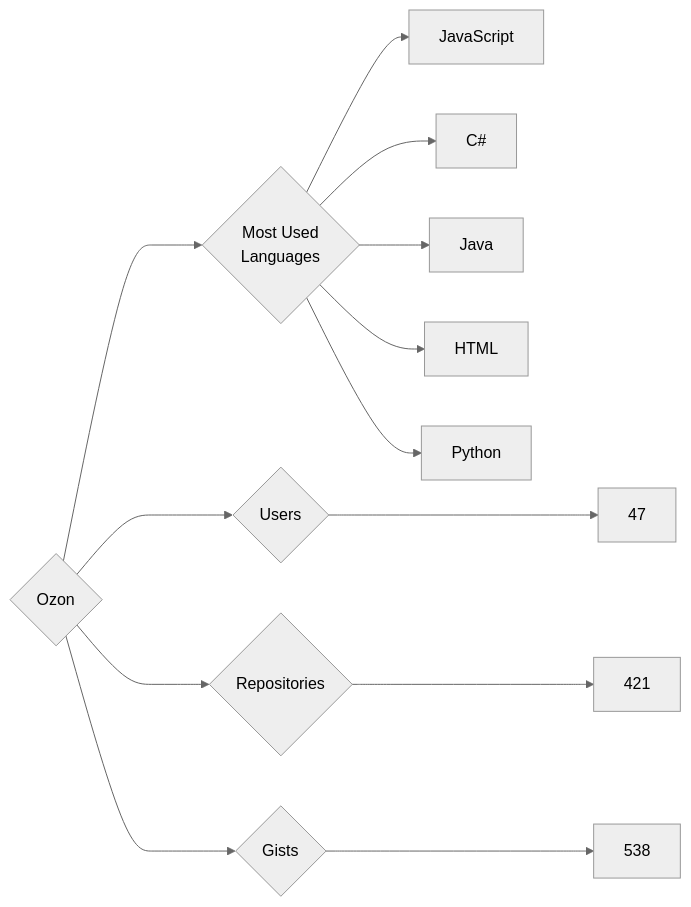
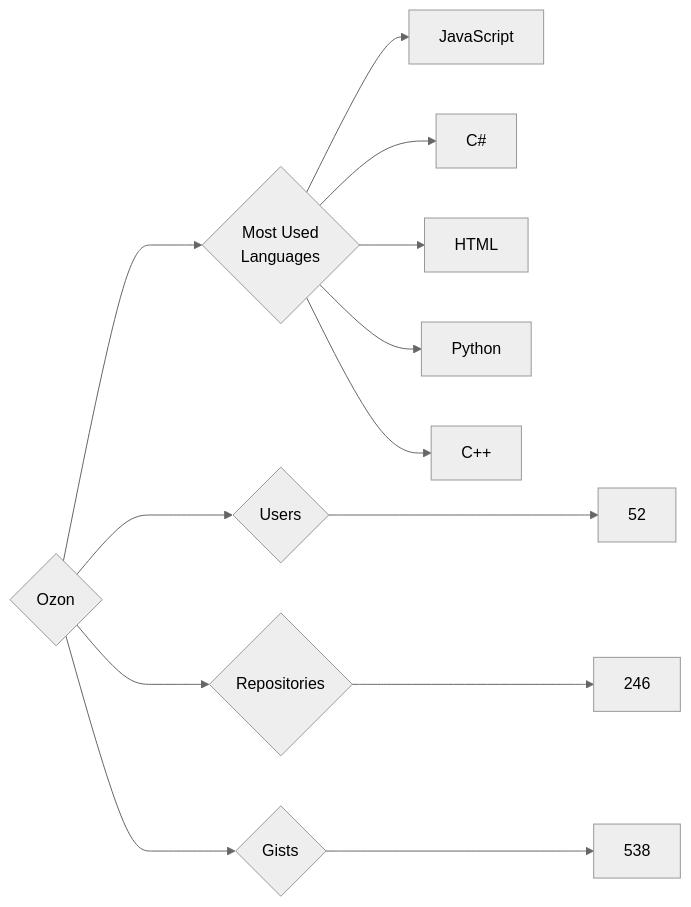
The diagram in targets/Ozon/README.md (trickest/insiders), drawn with Mermaid (neutral theme) before and after one commit. The commit also changed 823 other files, not shown here.

````diff
--- a/targets/Ozon/README.md
+++ b/targets/Ozon/README.md
@@ -3,13 +3,13 @@
 ```mermaid
 graph LR
 COMPANY_NAME{Ozon}
-COMPANY_NAME ---> U{Users} ---> UN[47]
-COMPANY_NAME ---> R{Repositories} ---> RN[421]
+COMPANY_NAME ---> U{Users} ---> UN[52]
+COMPANY_NAME ---> R{Repositories} ---> RN[246]
 COMPANY_NAME ---> G{Gists} ---> GN[538]
 COMPANY_NAME ---> ML{Most Used<br>Languages}
 ML --> JavaScript[JavaScript]
 ML --> C#[C#]
-ML --> Java[Java]
 ML --> HTML[HTML]
 ML --> Python[Python]
+ML --> C++[C++]
 ```
````
